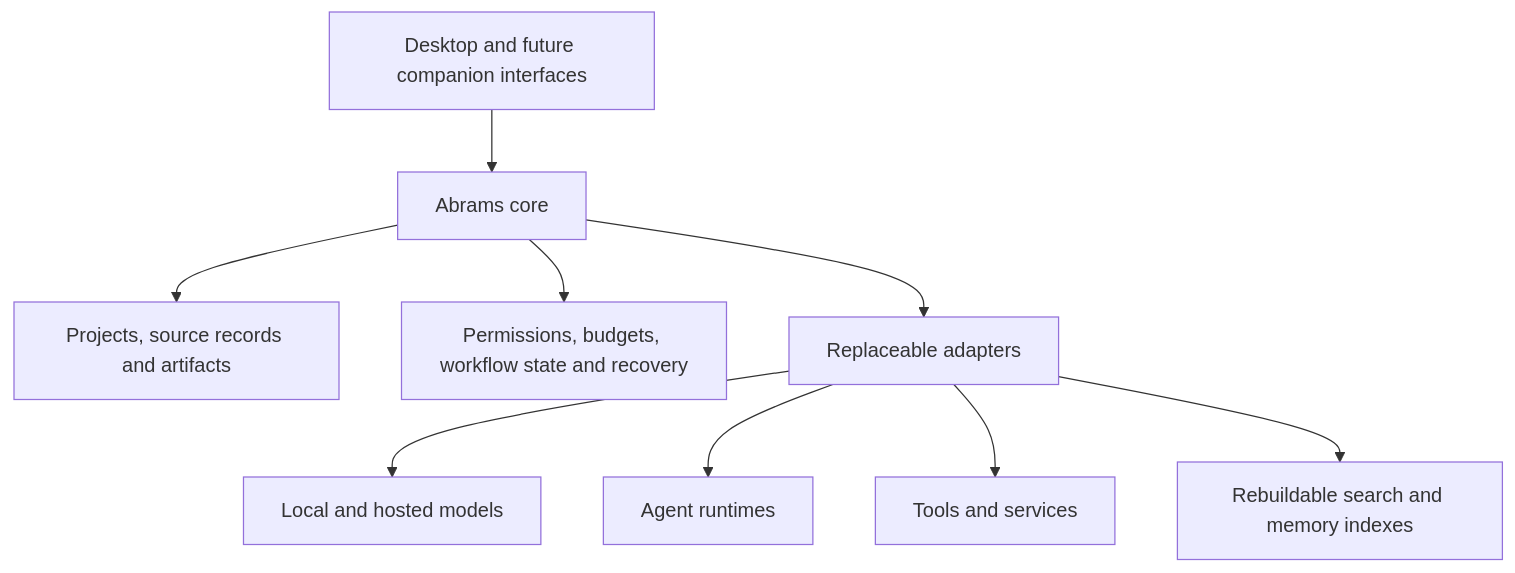
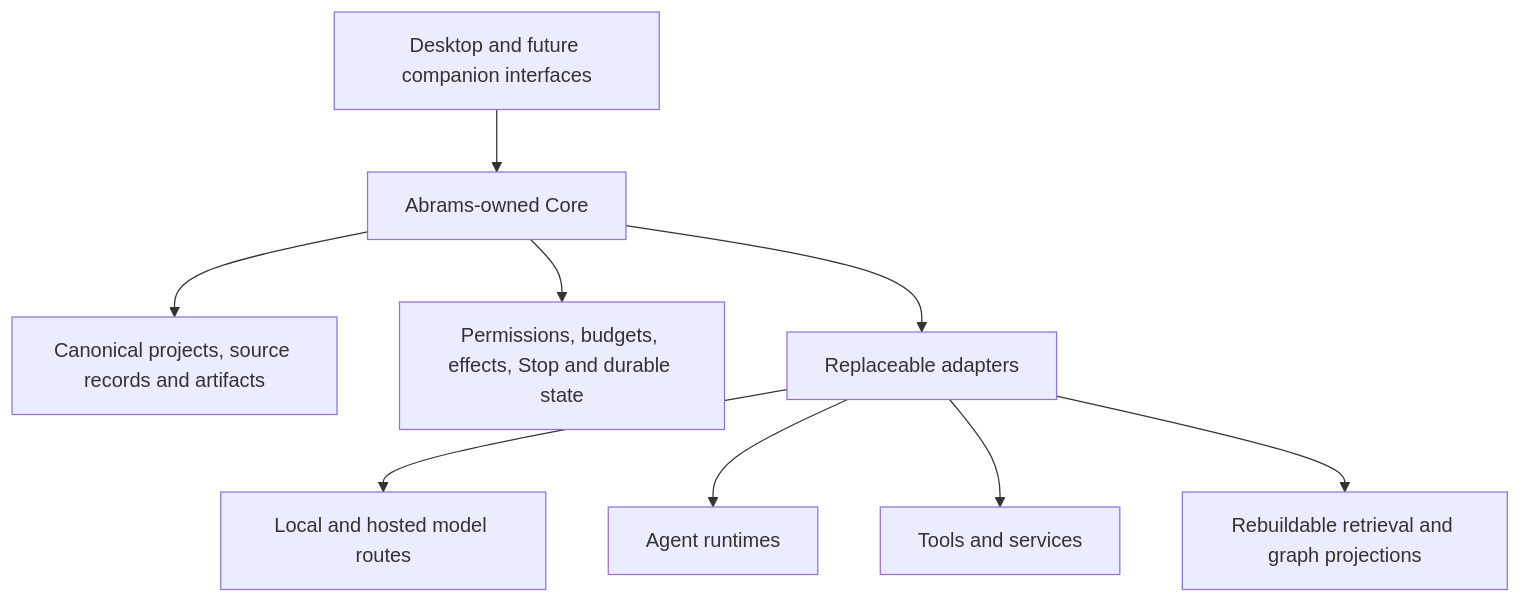
One commit to theonetruedaniel/abrams-intelligence changed the diagram in README.md. Above: the diagram before and after it, drawn with Mermaid. The commit also changed other lines of this file and 6 other files, not shown here.

````diff
--- a/README.md
+++ b/README.md
@@ -31,11 +33,11 @@
 ```mermaid
 flowchart TB
-    UI[Desktop and future companion interfaces] --> CORE[Abrams core]
-    CORE --> DATA[Projects, source records and artifacts]
-    CORE --> CONTROL[Permissions, budgets, workflow state and recovery]
+    UI[Desktop and future companion interfaces] --> CORE[Abrams-owned Core]
+    CORE --> DATA[Canonical projects, source records and artifacts]
+    CORE --> CONTROL[Permissions, budgets, effects, Stop and durable state]
     CORE --> ADAPTERS[Replaceable adapters]
-    ADAPTERS --> MODELS[Local and hosted models]
+    ADAPTERS --> MODELS[Local and hosted model routes]
     ADAPTERS --> RUNTIME[Agent runtimes]
     ADAPTERS --> TOOLS[Tools and services]
-    ADAPTERS --> INDEX[Rebuildable search and memory indexes]
+    ADAPTERS --> INDEX[Rebuildable retrieval and graph projections]
 ```
````
